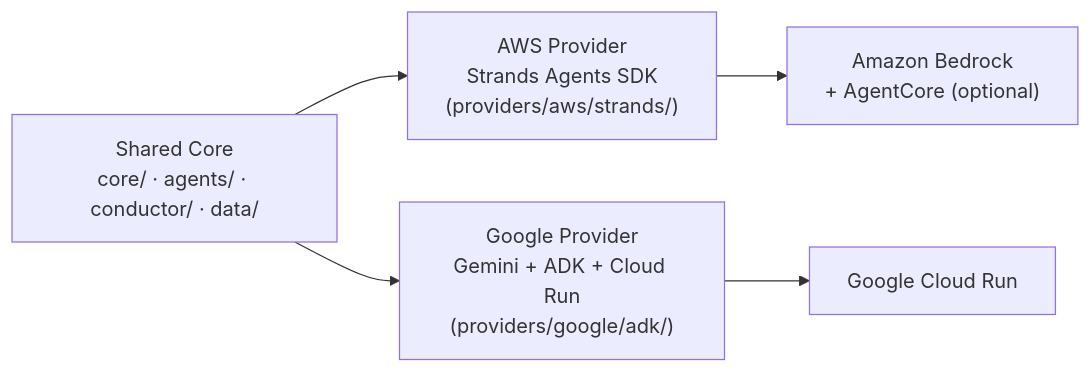
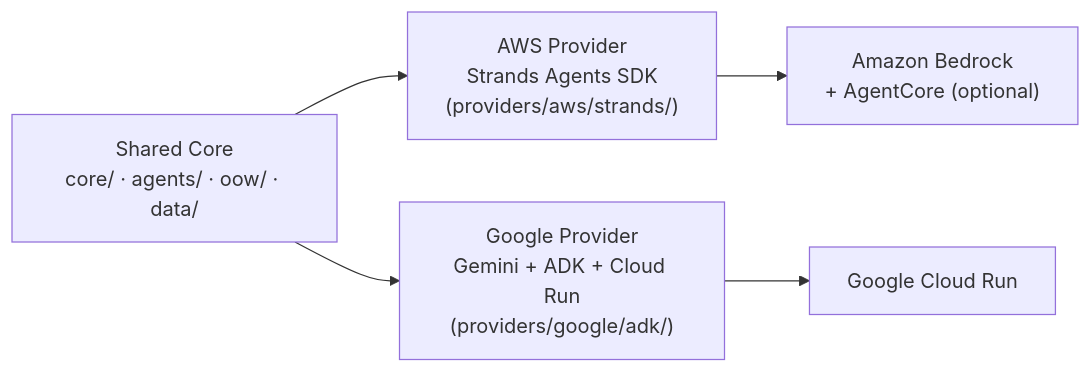
One commit to serinalapoez/Manrova changed the second of 2 diagrams in docs/architecture-overview.md. Above: the diagram before and after it, drawn with Mermaid. The commit also changed other lines of this file and 20 other files, not shown here.

Commit message:
Rename Fleet Conductor to Officer of the Watch (OOW) across codebase, docs, and site

````diff
--- a/docs/architecture-overview.md
+++ b/docs/architecture-overview.md
@@ -36,8 +36,8 @@
 ```mermaid
 flowchart LR
-    Core["Shared Core<br/>core/ · agents/ · conductor/ · data/"]
+    Core["Shared Core<br/>core/ · agents/ · oow/ · data/"]
     Core --> AWS["AWS Provider<br/>Strands Agents SDK<br/>(providers/aws/strands/)"]
     Core --> Google["Google Provider<br/>Gemini + ADK + Cloud Run<br/>(providers/google/adk/)"]
     AWS --> Bedrock["Amazon Bedrock<br/>+ AgentCore (optional)"]
     Google --> CloudRun["Google Cloud Run"]
 ```
````
